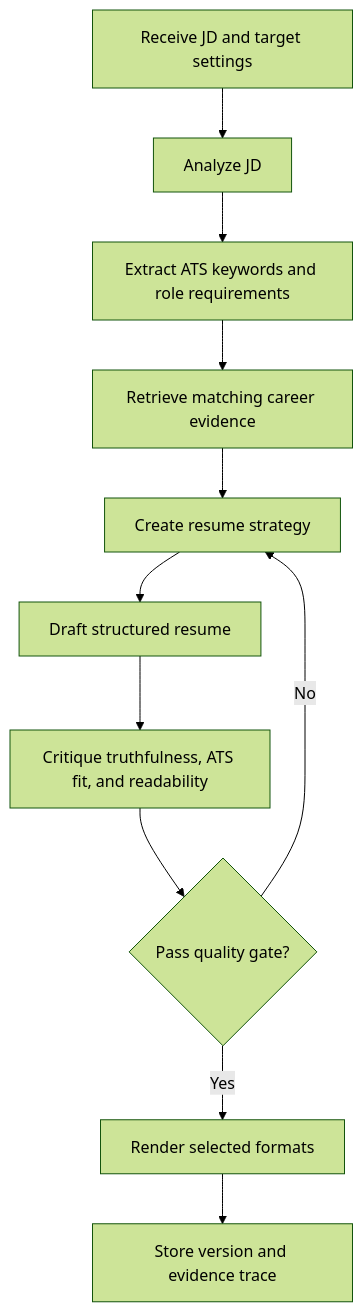
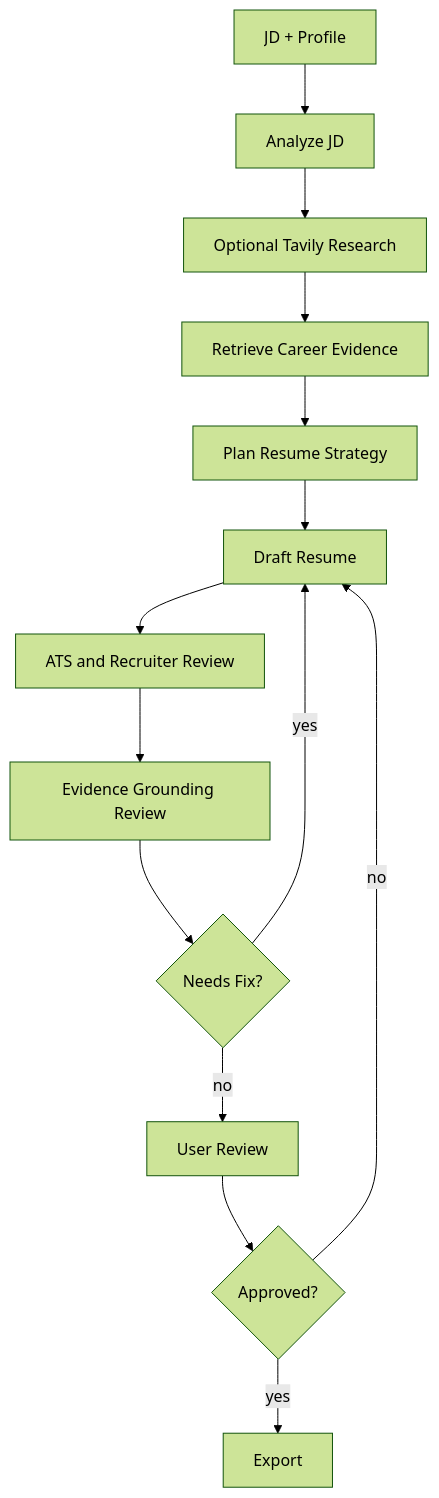
One commit to solki/cv-master changed the second of 2 diagrams in docs/superpowers/specs/2026-06-04-cv-master-design.md. Above: the diagram before and after it, drawn with Mermaid (forest theme). The commit also changed other lines of this file and 9 other files, not shown here.

````diff
--- a/docs/superpowers/specs/2026-06-04-cv-master-design.md
+++ b/docs/superpowers/specs/2026-06-04-cv-master-design.md
@@ -99,13 +126,16 @@
 ```mermaid
 flowchart TD
-  A["Receive JD and target settings"] --> B["Analyze JD"]
-  B --> C["Extract ATS keywords and role requirements"]
-  C --> D["Retrieve matching career evidence"]
-  D --> E["Create resume strategy"]
-  E --> F["Draft structured resume"]
-  F --> G["Critique truthfulness, ATS fit, and readability"]
-  G --> H{"Pass quality gate?"}
-  H -- "No" --> E
-  H -- "Yes" --> I["Render selected formats"]
-  I --> J["Store version and evidence trace"]
+  Start["JD + Profile"] --> Analyze["Analyze JD"]
+  Analyze --> Research["Optional Tavily Research"]
+  Research --> Retrieve["Retrieve Career Evidence"]
+  Retrieve --> Strategy["Plan Resume Strategy"]
+  Strategy --> Draft["Draft Resume"]
+  Draft --> Review["ATS and Recruiter Review"]
+  Review --> Ground["Evidence Grounding Review"]
+  Ground --> Fix{"Needs Fix?"}
+  Fix -- yes --> Draft
+  Fix -- no --> UserReview["User Review"]
+  UserReview --> Approved{"Approved?"}
+  Approved -- no --> Draft
+  Approved -- yes --> Export["Export"]
 ```
````
